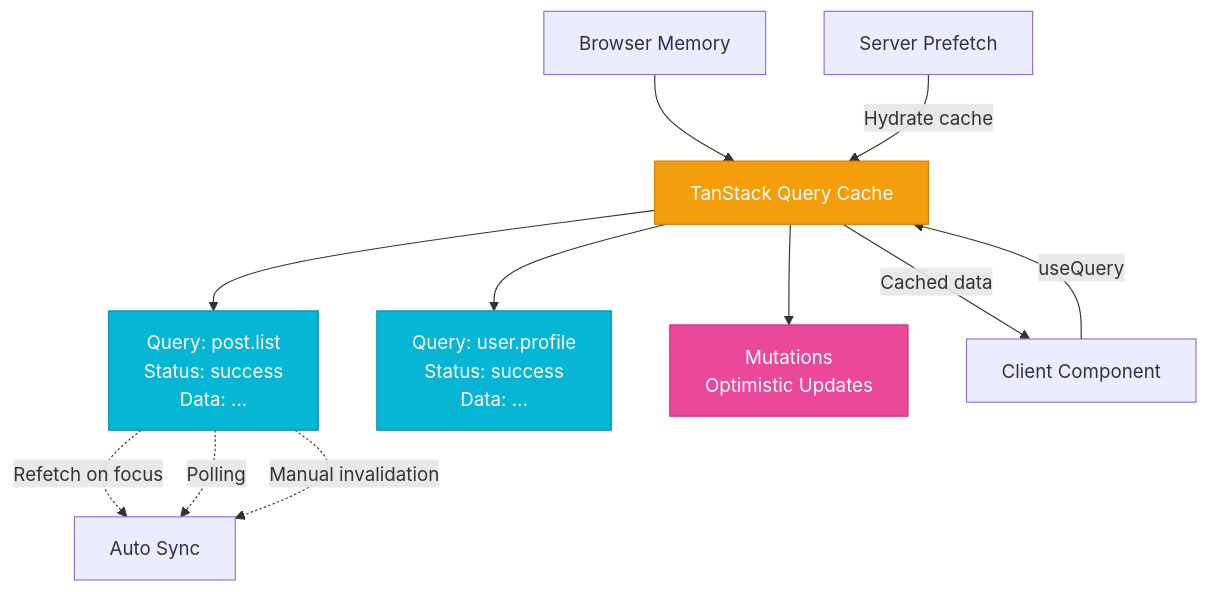
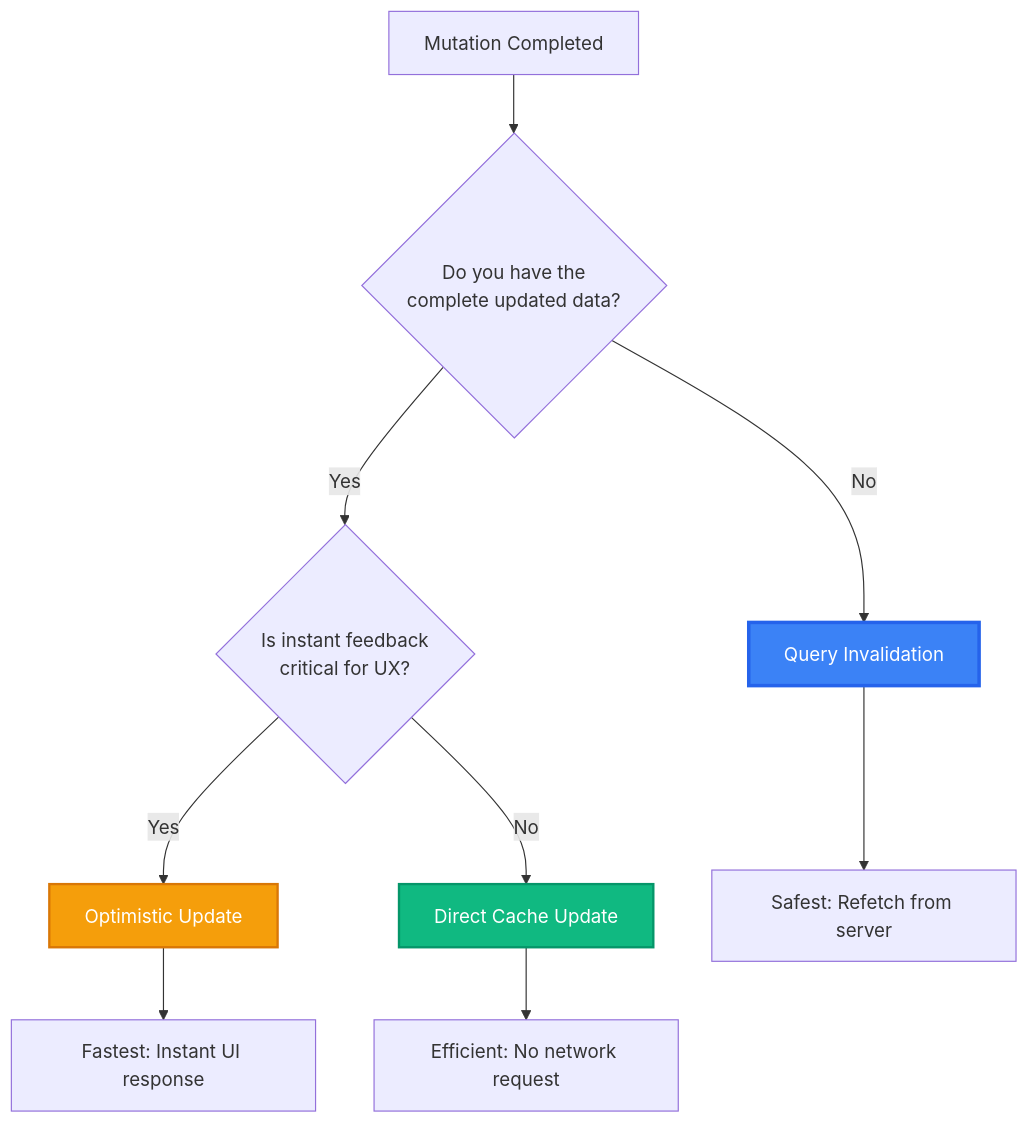
Before and after one commit to drifter089/orgOS: the fifth of 7 diagrams in src/app/docs/architecture/concepts/page.md, drawn with Mermaid. The commit also changed other lines of this file and 1 other file, not shown here.

Commit message:
docs: expand TanStack Query section with comprehensive patterns and best practices

````diff
--- a/src/app/docs/architecture/concepts/page.md
+++ b/src/app/docs/architecture/concepts/page.md
@@ -132,20 +261,18 @@
 ```mermaid
 graph TD
-    A[Browser Memory] --> B[TanStack Query Cache]
-    B --> C[Query: post.list<br/>Status: success<br/>Data: ...]
-    B --> D[Query: user.profile<br/>Status: success<br/>Data: ...]
-    B --> E[Mutations<br/>Optimistic Updates]
+    A[Mutation Completed] --> B{Do you have the<br/>complete updated data?}
 
-    C -.->|Refetch on focus| F[Auto Sync]
-    C -.->|Polling| F
-    C -.->|Manual invalidation| F
+    B -->|Yes| C{Is instant feedback<br/>critical for UX?}
+    B -->|No| D[Query Invalidation]
 
-    G[Server Prefetch] -->|Hydrate cache| B
-    H[Client Component] -->|useQuery| B
-    B -->|Cached data| H
+    C -->|Yes| E[Optimistic Update]
+    C -->|No| F[Direct Cache Update]
 
-    style B fill:#f59e0b,stroke:#d97706,color:#fff
-    style C fill:#06b6d4,stroke:#0891b2,color:#fff
-    style D fill:#06b6d4,stroke:#0891b2,color:#fff
-    style E fill:#ec4899,stroke:#db2777,color:#fff
+    D --> G[Safest: Refetch from server]
+    F --> H[Efficient: No network request]
+    E --> I[Fastest: Instant UI response]
+
+    style D fill:#3b82f6,stroke:#2563eb,stroke-width:3px,color:#fff
+    style F fill:#10b981,stroke:#059669,stroke-width:2px,color:#fff
+    style E fill:#f59e0b,stroke:#d97706,stroke-width:2px,color:#fff
 ```
````
